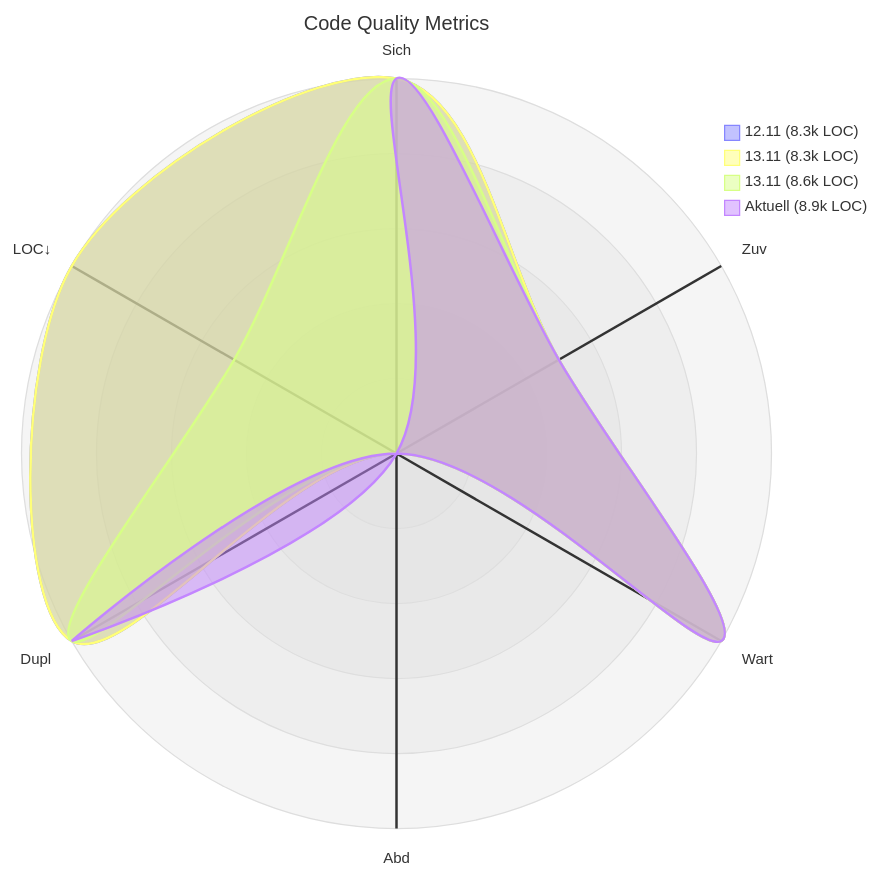
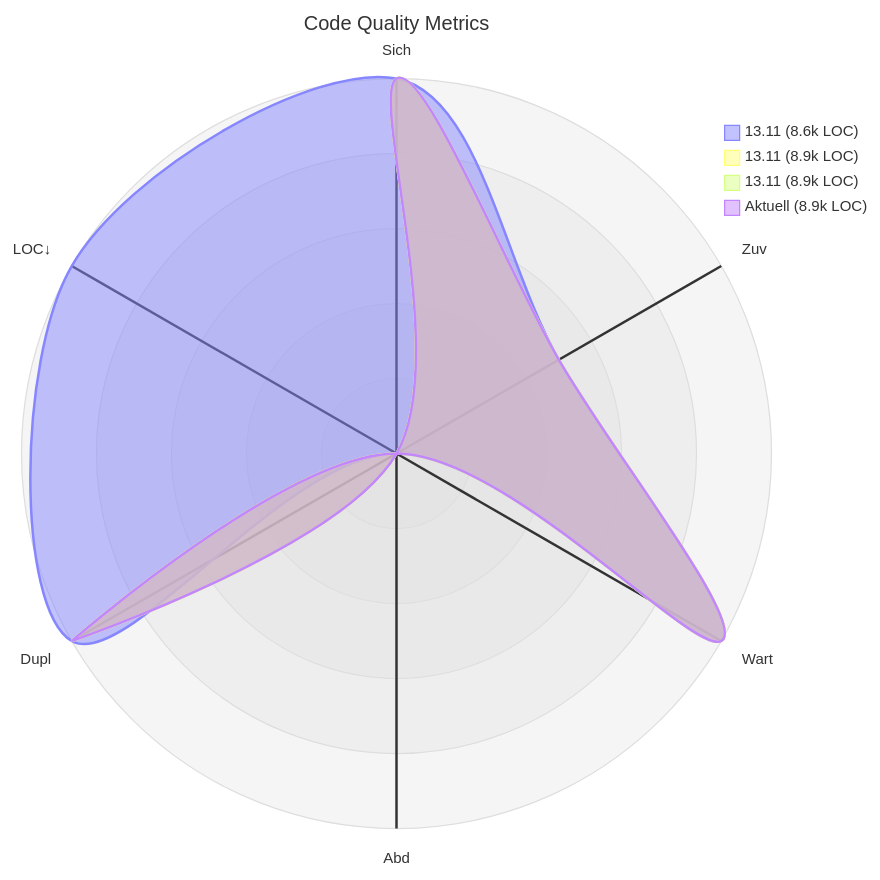
Before and after one commit to merlinbecker/rabbitMistralScribe: the diagram in codequality/report.md, drawn with Mermaid. The commit also changed other lines of this file, not shown here.

````diff
--- a/codequality/report.md
+++ b/codequality/report.md
@@ -5,13 +5,13 @@
 ```mermaid
 ---
 title: "Code Quality Metrics"
 ---
 radar-beta
   axis s["Sich"], r["Zuv"], m["Wart"], c["Abd"], d["Dupl"], l["LOC↓"]
-  curve p_12_11_8_3k_LOC_["12.11 (8.3k LOC)"]{5, 3, 5, 1, 5, 5}
-  curve p_13_11_8_3k_LOC_["13.11 (8.3k LOC)"]{5, 3, 5, 1, 5, 5}
-  curve p_13_11_8_6k_LOC_["13.11 (8.6k LOC)"]{5, 3, 5, 1, 5, 3}
+  curve p_13_11_8_6k_LOC_["13.11 (8.6k LOC)"]{5, 3, 5, 1, 5, 5}
+  curve p_13_11_8_9k_LOC_["13.11 (8.9k LOC)"]{5, 3, 5, 1, 5, 1}
+  curve p_13_11_8_9k_LOC_["13.11 (8.9k LOC)"]{5, 3, 5, 1, 5, 1}
   curve p_Aktuell_8_9k_LOC_["Aktuell (8.9k LOC)"]{5, 3, 5, 1, 5, 1}
   max 5
   min 1
 ```
````
